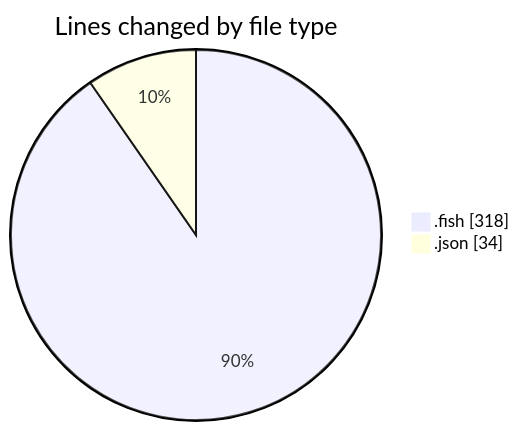
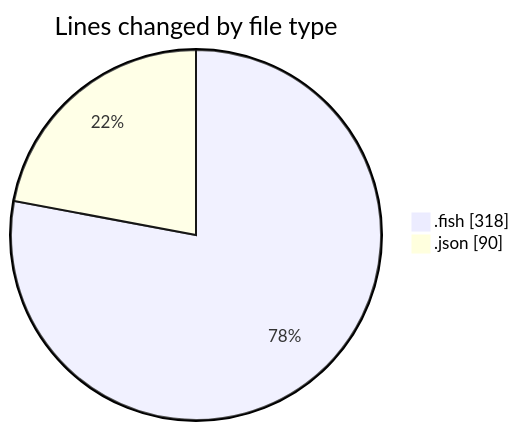
One commit to EIIisD/code-tracking changed the first of 2 diagrams in 2025-08-10/fish/README.md. Above: the diagram before and after it, drawn with Mermaid. The commit also changed other lines of this file and 1 other file, not shown here.

````diff
--- a/2025-08-10/fish/README.md
+++ b/2025-08-10/fish/README.md
@@ -22,6 +22,6 @@
 ```mermaid
 pie showData
 title Lines changed by file type
 ".fish" : 318
-".json" : 34
+".json" : 90
 ```
````
